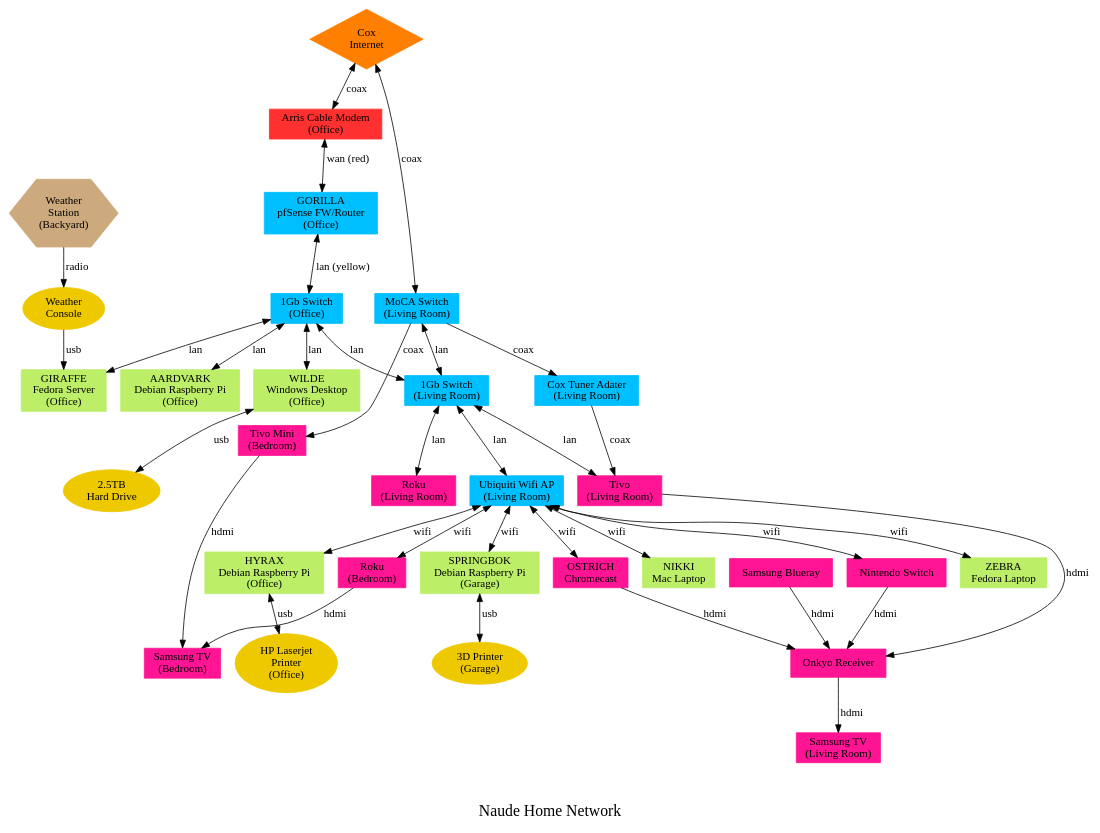
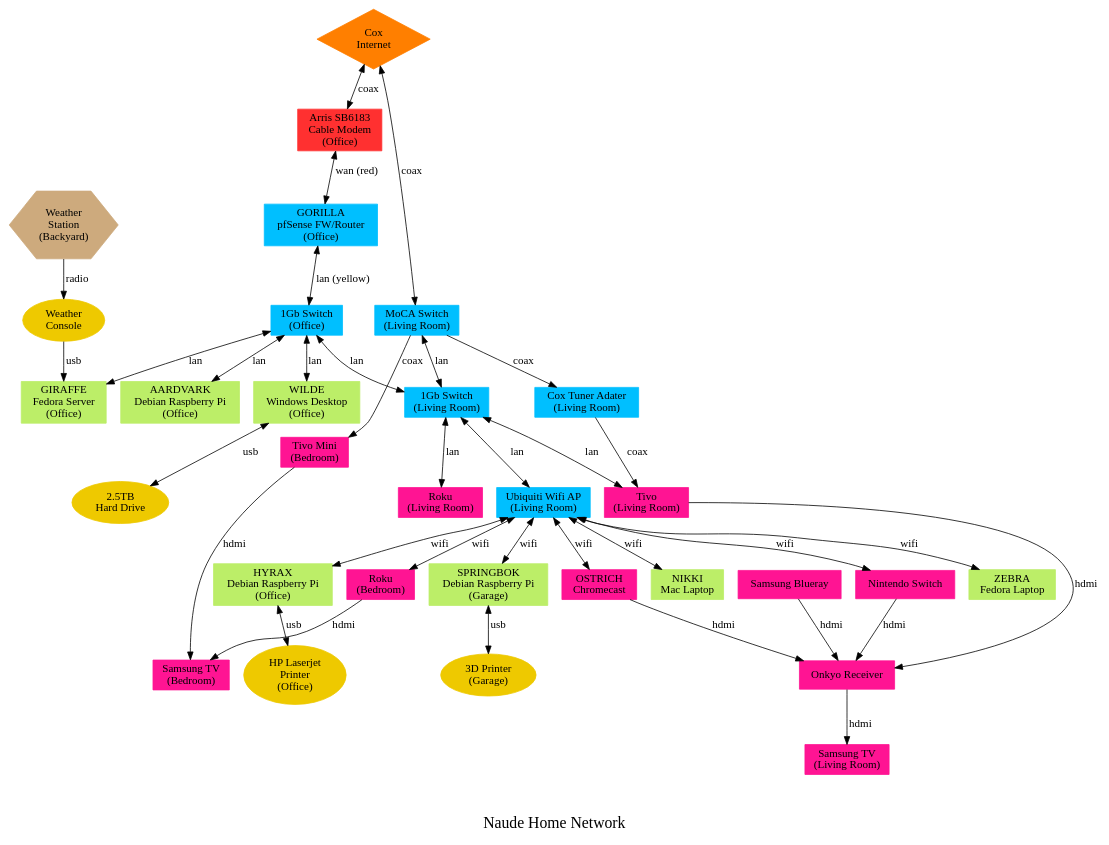
Before and after one commit to cnaude/HomeNetworkGraphviz: the diagram in naude_network.dot, drawn with Graphviz.

Commit message:
description update

```diff
--- a/naude_network.dot
+++ b/naude_network.dot
@@ -1,100 +1,100 @@
 digraph NAUDE_HOME  {
 	fontname = "helvetica:bold";
 
 	node [shape=diamond, fontname = "helvetica:bold"]; {		
 		node [label="Cox\nInternet", color=darkorange1, style=filled] cox;
         }
 
 	node [shape=box, fontname = "helvetica:bold"]; {		
-		node [label="Arris Cable Modem\n(Office)", color=firebrick1, style=filled] cablemodem;
+		node [label="Arris SB6183\nCable Modem\n(Office)", color=firebrick1, style=filled] cablemodem;
 		node [label="GORILLA\npfSense FW/Router\n(Office)", color=deepskyblue1, style=filled] router;
 		node [label="1Gb Switch\n(Office)", color=deepskyblue1, style=filled] switch1;
 		node [label="1Gb Switch\n(Living Room)", color=deepskyblue1, style=filled] switch2;
 		node [label="Ubiquiti Wifi AP\n(Living Room)", color=deepskyblue1, style=filled] ap1;
 		node [label="MoCA Switch\n(Living Room)", color=deepskyblue1, style=filled] moca;
 		node [label="Cox Tuner Adater\n(Living Room)", color=deepskyblue1, style=filled] cox_tuner;
 	}
 
 	node [shape=box, color=darkolivegreen2, style=filled, fontname = "helvetica:bold"]; {
 		node [label="WILDE\nWindows Desktop\n(Office)"] wilde; 
 		node [label="ZEBRA\nFedora Laptop"] zebra; 
 		node [label="AARDVARK\nDebian Raspberry Pi\n(Office)"] aardvark; 
 		node [label="HYRAX\nDebian Raspberry Pi\n(Office)"] hyrax; 
 		node [label="GIRAFFE\nFedora Server\n(Office)"] giraffe; 
 		node [label="SPRINGBOK\nDebian Raspberry Pi\n(Garage)"] springbok; 
 		node [label="NIKKI\nMac Laptop"] nikki_mac; 
 	}
 
 	node [shape=box, color=deeppink1, style=filled, fontname = "helvetica:bold"]; {
 		node [label="Roku\n(Living Room)"] roku; 
 		node [label="Roku\n(Bedroom)"] roku2; 
 		node [label="Tivo\n(Living Room)"] tivo; 
 		node [label="Tivo Mini\n(Bedroom)"] tivo_mini; 
 		node [label="OSTRICH\nChromecast"] chromecast; 
 		node [label="Onkyo Receiver"] receiver; 
 		node [label="Samsung TV\n(Living Room)"] tv; 
 		node [label="Samsung TV\n(Bedroom)"] tv2; 
 		node [label="Nintendo Switch"] nintendo_switch; 
 		node [label="Samsung Blueray"] blueray; 
 	}
 
 	node [shape=ellipse, color=gold2, fontname = "helvetica:bold"]; {
 		node [label="2.5TB\nHard Drive"] hdd1; 
 		node [label="Weather\nConsole"] wconsole;
 		node [label="HP Laserjet\nPrinter\n(Office)"] printer1;
 		node [label="3D Printer\n(Garage)"] printer2;
 	}
 
 	node [shape=hexagon, color=burlywood3, fontname = "helvetica:bold"]; {
 		node [label="Weather\nStation\n(Backyard)"] weather;
 	}
 
 	cox -> moca [label="coax",fontname = "helvetica:bold",dir="both"];
 	moca -> cox_tuner [label="coax",fontname = "helvetica:bold"];
 	cox_tuner -> tivo [label="coax",fontname = "helvetica:bold"];
 	moca -> tivo_mini [label="coax",fontname = "helvetica:bold"];
 	cox -> cablemodem [label="coax",fontname = "helvetica:bold",dir="both"];
 	moca -> switch2 [label="lan",fontname = "helvetica:bold",dir="both"];
 
 	tivo_mini -> tv2 [label="hdmi",fontname = "helvetica:bold"];
 	roku2 -> tv2 [label="hdmi",fontname = "helvetica:bold"];
 
 	cablemodem -> router [label="wan (red)",fontname = "helvetica:bold",dir="both"];
 
 	router -> switch1 [label="lan (yellow)",fontname = "helvetica:bold",dir="both"];
 	switch1 -> switch2 [label="lan",fontname = "helvetica:bold",dir="both"];
 
 	switch1 -> giraffe [label="lan",fontname = "helvetica:bold",dir="both"];
 	switch1 -> wilde [label="lan",fontname = "helvetica:bold",dir="both"];
 	switch1 -> aardvark [label="lan",fontname = "helvetica:bold",dir="both"];
 
 	switch2 -> ap1 [label="lan",fontname = "helvetica:bold",dir="both"];
 
 	# ap1 -> tv [label="wifi",fontname = "helvetica:bold",dir="both"];
 	ap1 -> zebra [label="wifi",fontname = "helvetica:bold",dir="both"];
 	ap1 -> nikki_mac [label="wifi",fontname = "helvetica:bold",dir="both"];
 	ap1 -> chromecast [label="wifi",fontname = "helvetica:bold",dir="both"];
 	ap1 -> hyrax [label="wifi",fontname = "helvetica:bold",dir="both"];
 	ap1 -> springbok [label="wifi",fontname = "helvetica:bold",dir="both"];
 	ap1 -> nintendo_switch [label="wifi",fontname = "helvetica:bold",dir="both"];
 	ap1 -> roku2 [label="wifi",fontname = "helvetica:bold",dir="both"];
 
 	nintendo_switch -> receiver [label="hdmi",fontname = "helvetica:bold"];
 	receiver -> tv [label="hdmi",fontname = "helvetica:bold"];
 	tivo -> receiver [label="hdmi",fontname = "helvetica:bold"];
 	chromecast -> receiver [label="hdmi",fontname = "helvetica:bold"];
 	blueray -> receiver [label="hdmi",fontname = "helvetica:bold"];
 
 	# switch2 -- receiver [label="lan",fontname = "helvetica:bold",dir="both"];
 	switch2 -> roku [label="lan",fontname = "helvetica:bold",dir="both"];
 	switch2 -> tivo [label="lan",fontname = "helvetica:bold",dir="both"];
 	
 	weather -> wconsole [label="radio",fontname = "helvetica:bold"];
 	wconsole -> giraffe [label="usb",fontname = "helvetica:bold"];
 	wilde -> hdd1 [label="usb",fontname = "helvetica:bold",dir="both"];
 	hyrax -> printer1 [label="usb",fontname = "helvetica:bold",dir="both"];
 	springbok -> printer2 [label="usb",fontname = "helvetica:bold",dir="both"];
 
 	label = "\n\nNaude Home Network";
 	fontsize=20;
 }
```
